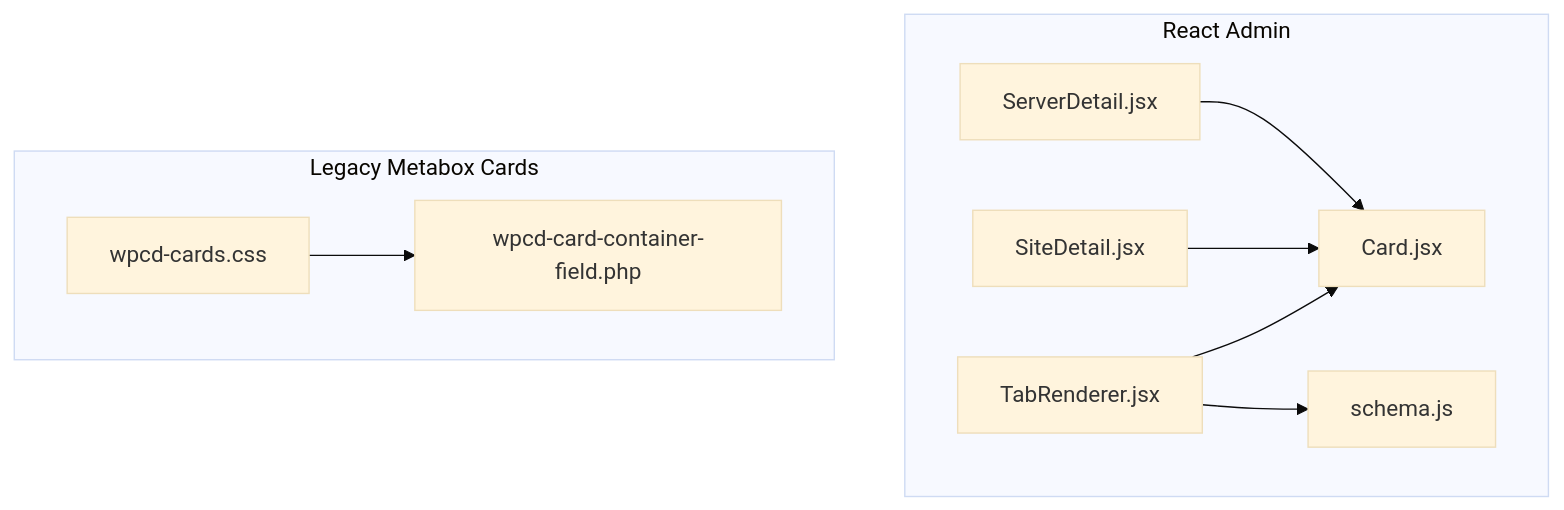
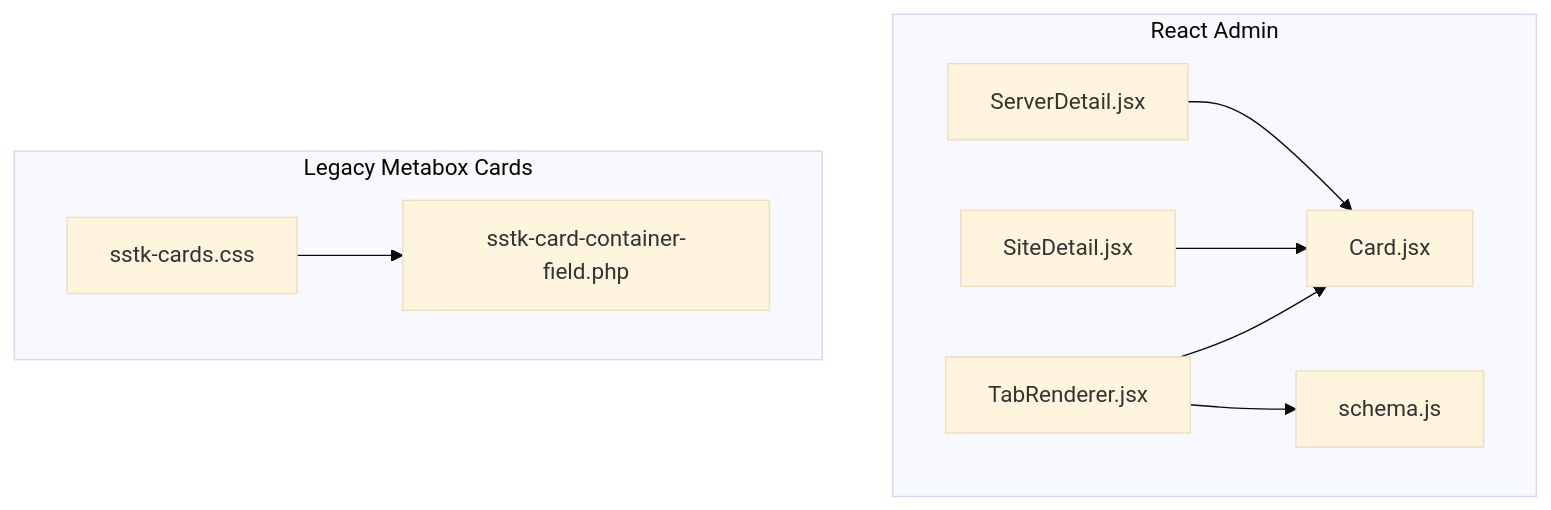
One commit to onedogsolutions/simple-stack changed the first of 5 diagrams in .qoder/repowiki/en/content/React Admin Interface/UI Components Library/Card Component.md. Above: the diagram before and after it, drawn with Mermaid (base theme). The commit also changed other lines of this file and 5941 other files, not shown here.

````diff
--- a/.qoder/repowiki/en/content/React Admin Interface/UI Components Library/Card Component.md
+++ b/.qoder/repowiki/en/content/React Admin Interface/UI Components Library/Card Component.md
@@ -34,19 +34,19 @@
 ```mermaid
 graph TB
 subgraph "React Admin"
 CardJS["Card.jsx"]
 TabRenderer["TabRenderer.jsx"]
 ServerDetail["ServerDetail.jsx"]
 SiteDetail["SiteDetail.jsx"]
 Schema["schema.js"]
 end
 subgraph "Legacy Metabox Cards"
-CSS["wpcd-cards.css"]
-ContainerField["wpcd-card-container-field.php"]
+CSS["sstk-cards.css"]
+ContainerField["sstk-card-container-field.php"]
 end
 ServerDetail --> CardJS
 SiteDetail --> CardJS
 TabRenderer --> CardJS
 TabRenderer --> Schema
 CSS --> ContainerField
 ```
````
